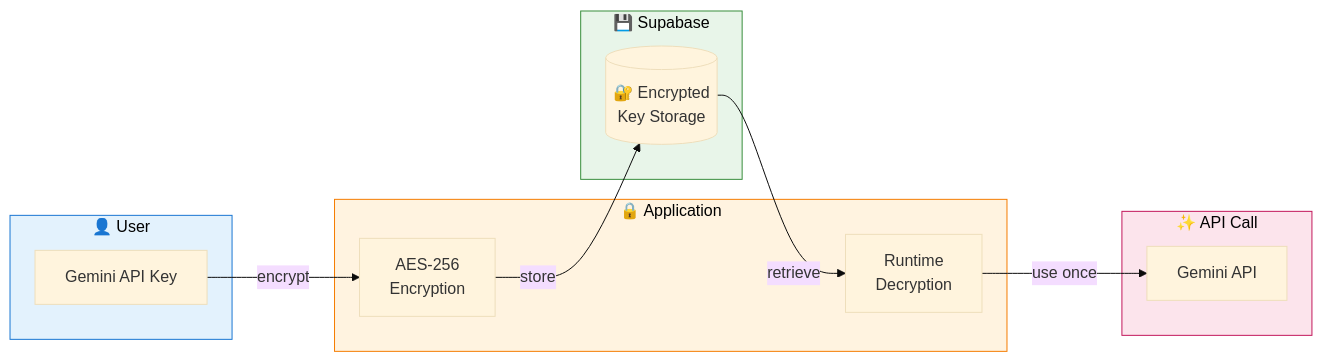
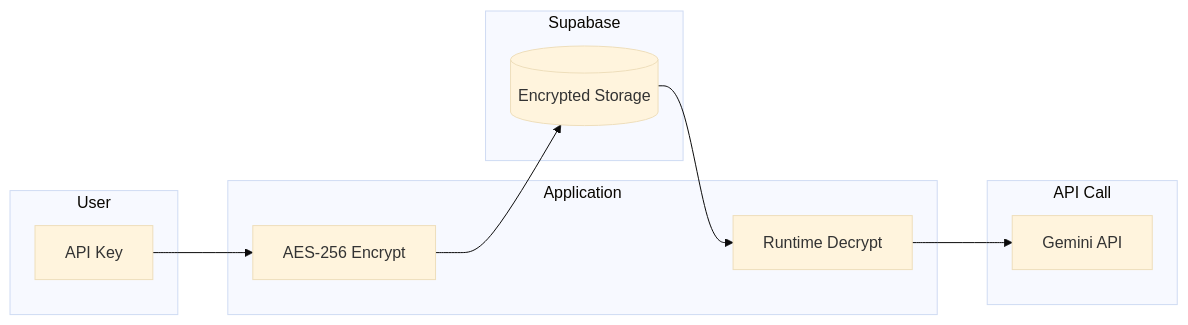
Before and after one commit to aakashyadav27/ai-code-review-automation: the second of 2 diagrams in README.md, drawn with Mermaid (base theme). The commit also changed other lines of this file, not shown here.

Commit message:
fix: simplify Mermaid diagrams for GitHub compatibility

````diff
--- a/README.md
+++ b/README.md
@@ -232,29 +224,24 @@
 ```mermaid
 flowchart LR
-    subgraph User["👤 User"]
-        Key["Gemini API Key"]
+    subgraph User[User]
+        Key[API Key]
     end
 
-    subgraph App["🔒 Application"]
-        Encrypt["AES-256<br/>Encryption"]
-        Decrypt["Runtime<br/>Decryption"]
+    subgraph App[Application]
+        Encrypt[AES-256 Encrypt]
+        Decrypt[Runtime Decrypt]
     end
 
-    subgraph Storage["💾 Supabase"]
-        Encrypted[("🔐 Encrypted<br/>Key Storage")]
+    subgraph Storage[Supabase]
+        Encrypted[(Encrypted Storage)]
     end
 
-    subgraph Usage["✨ API Call"]
-        Gemini["Gemini API"]
+    subgraph Usage[API Call]
+        Gemini[Gemini API]
     end
 
-    Key -->|"encrypt"| Encrypt
-    Encrypt -->|"store"| Encrypted
-    Encrypted -->|"retrieve"| Decrypt
-    Decrypt -->|"use once"| Gemini
-
-    style User fill:#e3f2fd,stroke:#1976d2,color:#000
-    style App fill:#fff3e0,stroke:#f57c00,color:#000
-    style Storage fill:#e8f5e9,stroke:#388e3c,color:#000
-    style Usage fill:#fce4ec,stroke:#c2185b,color:#000
+    Key --> Encrypt
+    Encrypt --> Encrypted
+    Encrypted --> Decrypt
+    Decrypt --> Gemini
 ```
````
